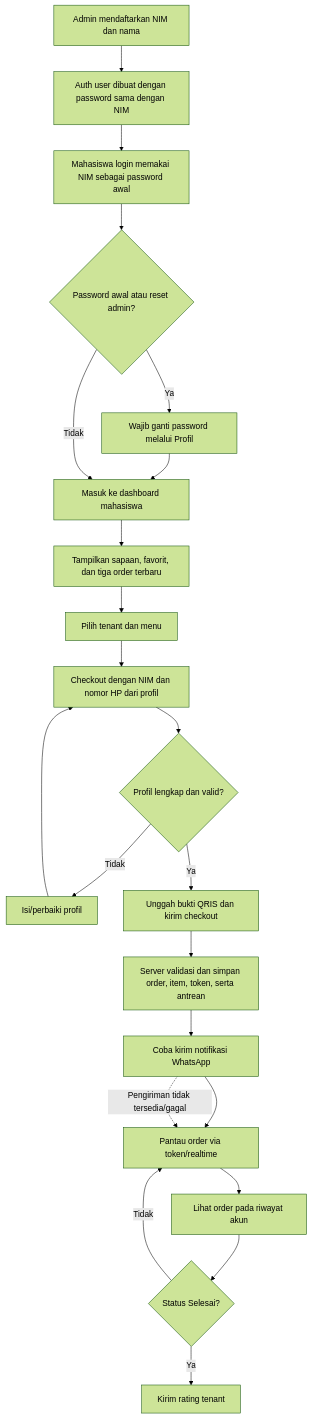
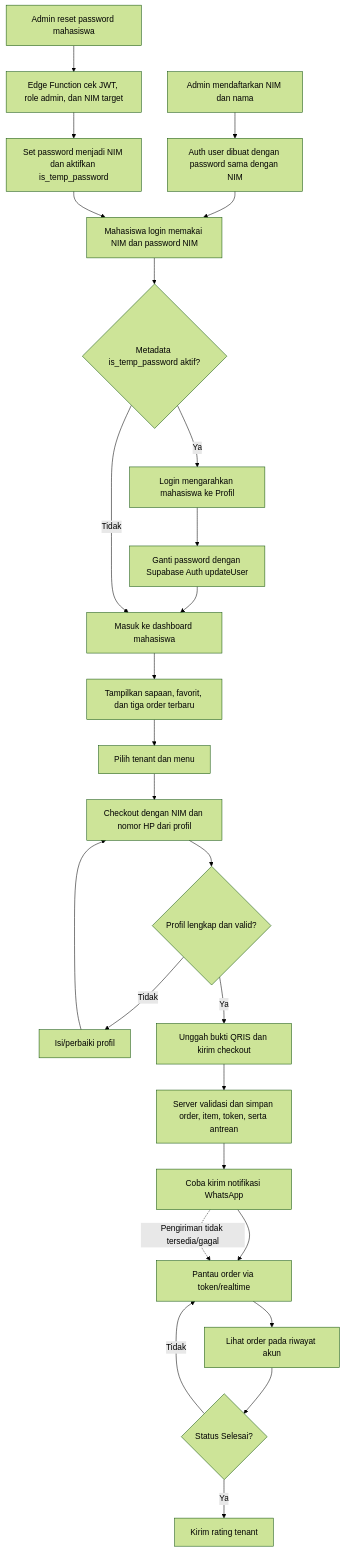
Before and after one commit to nandayudhistirawibowo/SiKantin: the second of 7 diagrams in FLOWCHART.md, drawn with Mermaid (forest theme). The commit also changed other lines of this file and 4 other files, not shown here.

````diff
--- a/FLOWCHART.md
+++ b/FLOWCHART.md
@@ -40,24 +40,28 @@
 ```mermaid
 flowchart TD
     A[Admin mendaftarkan NIM dan nama] --> B[Auth user dibuat dengan password sama dengan NIM]
-    B --> C[Mahasiswa login memakai NIM sebagai password awal]
-    C --> D{Password awal atau reset admin?}
-    D -- Ya --> F[Wajib ganti password melalui Profil]
+    B --> C[Mahasiswa login memakai NIM dan password NIM]
+    C --> D{Metadata is_temp_password aktif?}
+    D -- Ya --> E[Login mengarahkan mahasiswa ke Profil]
+    E --> F[Ganti password dengan Supabase Auth updateUser]
     F --> G[Masuk ke dashboard mahasiswa]
     D -- Tidak --> G
-    G --> H[Tampilkan sapaan, favorit, dan tiga order terbaru]
-    H --> I[Pilih tenant dan menu]
-    I --> J[Checkout dengan NIM dan nomor HP dari profil]
-    J --> K{Profil lengkap dan valid?}
-    K -- Tidak --> L[Isi/perbaiki profil]
-    L --> J
-    K -- Ya --> M[Unggah bukti QRIS dan kirim checkout]
-    M --> N[Server validasi dan simpan order, item, token, serta antrean]
-    N --> O[Coba kirim notifikasi WhatsApp]
-    O --> P[Pantau order via token/realtime]
-    P --> Q[Lihat order pada riwayat akun]
-    Q --> R{Status Selesai?}
-    R -- Tidak --> P
-    R -- Ya --> S[Kirim rating tenant]
-    O -. Pengiriman tidak tersedia/gagal .-> P
+    H[Admin reset password mahasiswa] --> I[Edge Function cek JWT, role admin, dan NIM target]
+    I --> J[Set password menjadi NIM dan aktifkan is_temp_password]
+    J --> C
+    G --> K[Tampilkan sapaan, favorit, dan tiga order terbaru]
+    K --> L[Pilih tenant dan menu]
+    L --> M[Checkout dengan NIM dan nomor HP dari profil]
+    M --> N{Profil lengkap dan valid?}
+    N -- Tidak --> O[Isi/perbaiki profil]
+    O --> M
+    N -- Ya --> P[Unggah bukti QRIS dan kirim checkout]
+    P --> Q[Server validasi dan simpan order, item, token, serta antrean]
+    Q --> R[Coba kirim notifikasi WhatsApp]
+    R --> S[Pantau order via token/realtime]
+    S --> T[Lihat order pada riwayat akun]
+    T --> U{Status Selesai?}
+    U -- Tidak --> S
+    U -- Ya --> V[Kirim rating tenant]
+    R -. Pengiriman tidak tersedia/gagal .-> S
 ```
````
